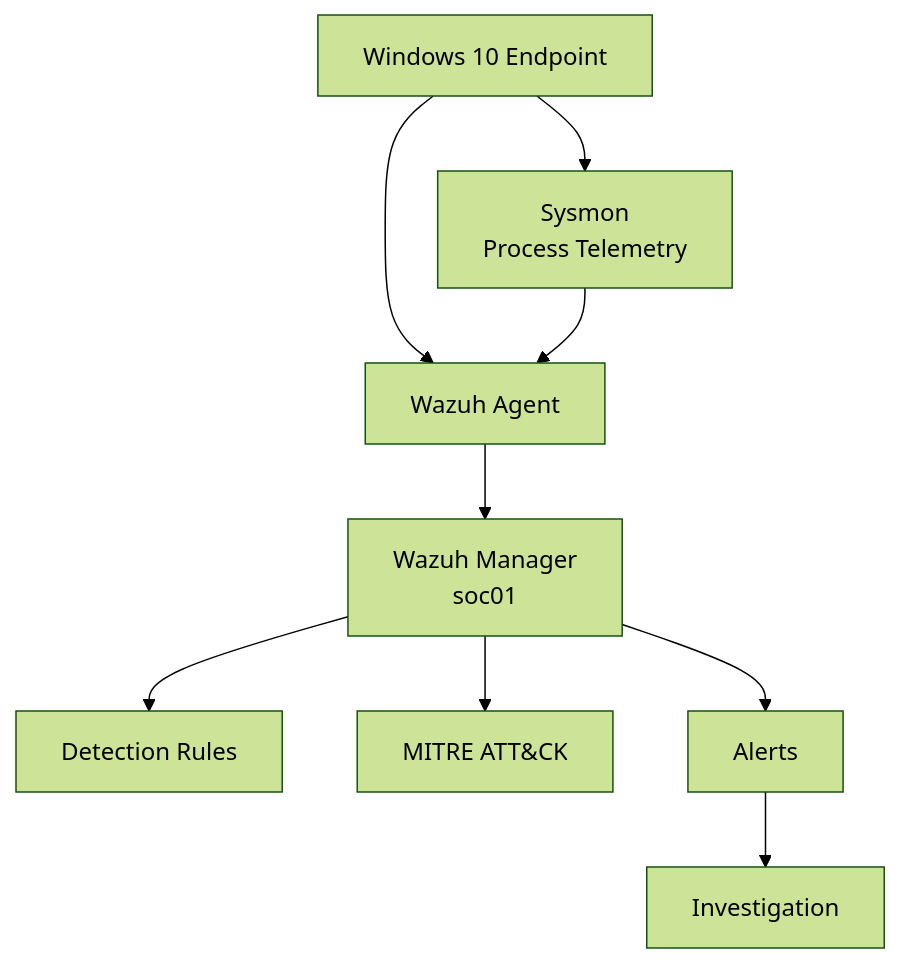
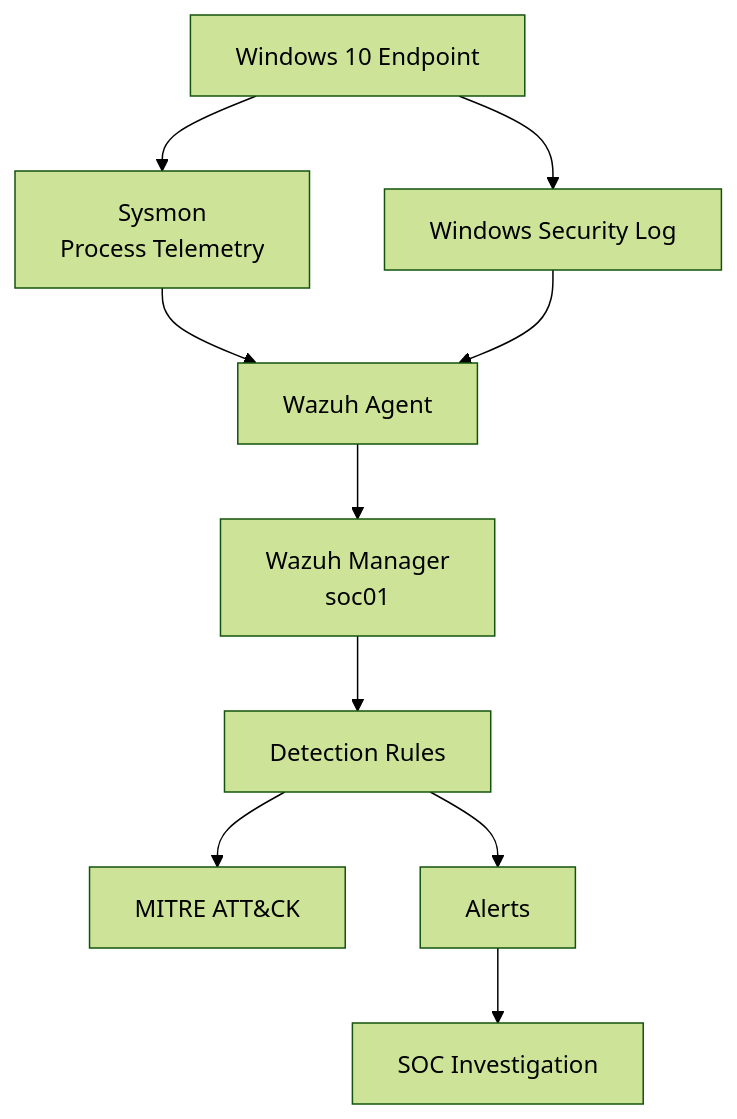
Before and after one commit to LuucasVerdun/soc-blue-team-homelab: the diagram in README.md, drawn with Mermaid (forest theme). The commit also changed other lines of this file and 3 other files, not shown here.

````diff
--- a/README.md
+++ b/README.md
@@ -27,21 +29,26 @@
 ```mermaid
 flowchart TD
     WIN["Windows 10 Endpoint"]
     SYSMON["Sysmon<br/>Process Telemetry"]
+    SECLOG["Windows Security Log"]
     AGENT["Wazuh Agent"]
     MANAGER["Wazuh Manager<br/>soc01"]
     RULES["Detection Rules"]
     MITRE["MITRE ATT&CK"]
     ALERTS["Alerts"]
-    INVEST["Investigation"]
+    INVEST["SOC Investigation"]
 
     WIN --> SYSMON
-    WIN --> AGENT
+    WIN --> SECLOG
+
     SYSMON --> AGENT
+    SECLOG --> AGENT
+
     AGENT --> MANAGER
 
     MANAGER --> RULES
-    MANAGER --> MITRE
-    MANAGER --> ALERTS
+    RULES --> MITRE
+    RULES --> ALERTS
+
     ALERTS --> INVEST
 ```
````
